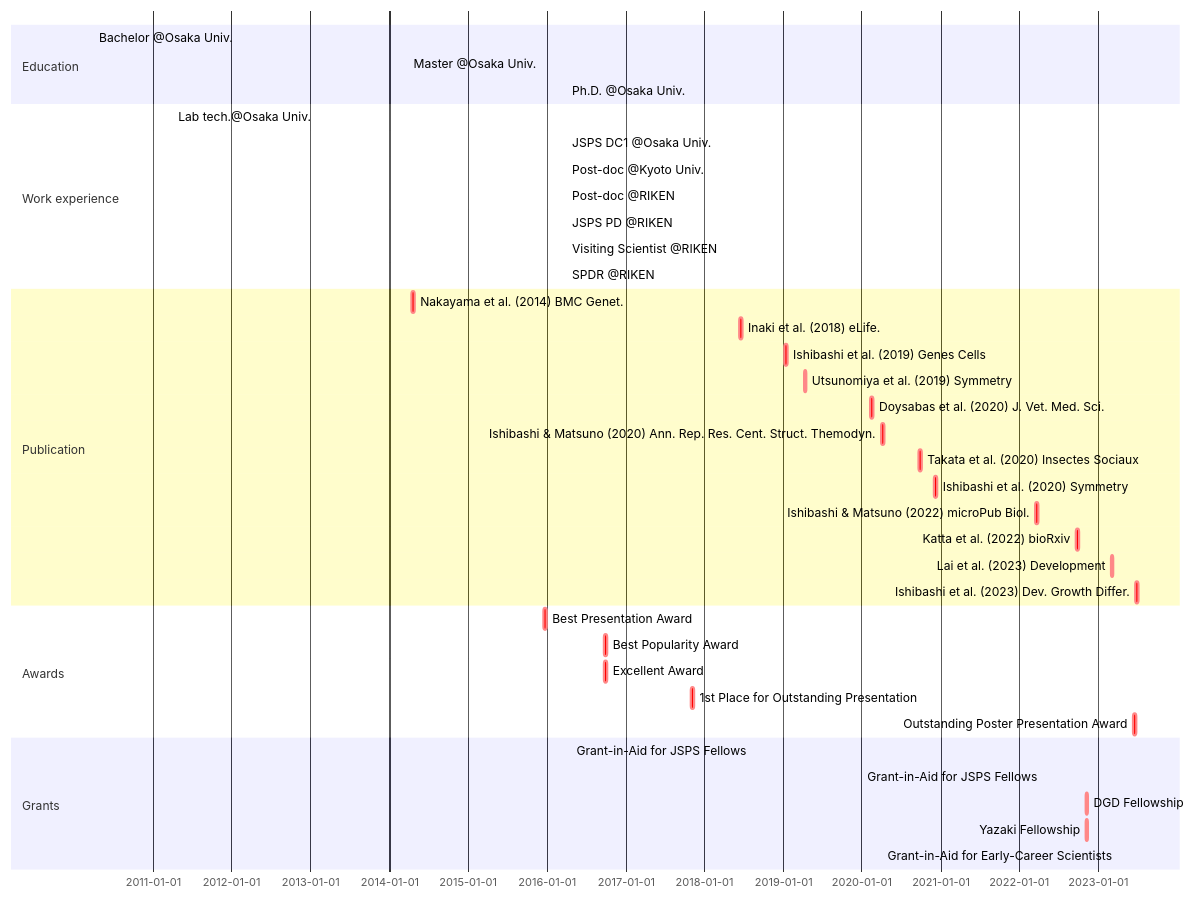
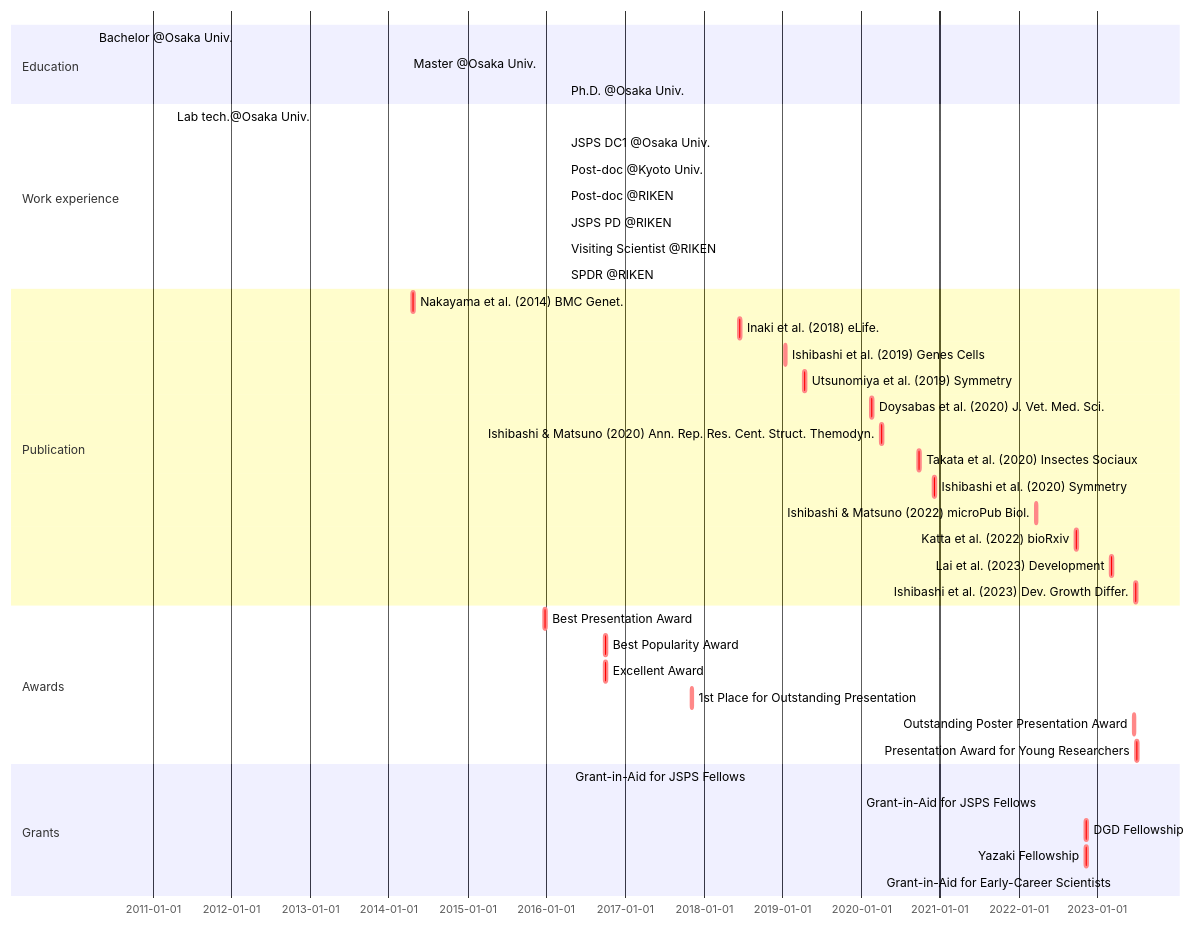
One commit to ishibaki/ishibaki.github.io changed the diagram in _includes/mermaid-cv.md. Above: the diagram before and after it, drawn with Mermaid. The commit also changed other lines of this file, not shown here.

````diff
--- a/_includes/mermaid-cv.md
+++ b/_includes/mermaid-cv.md
@@ -1,40 +1,41 @@
 ```mermaid
 gantt
 section Education
   Bachelor @Osaka Univ. : BS, 2010-04-01, 2014-03-25
   Master @Osaka Univ.   : MS, 2014-04-01, 2016-03-28
   Ph.D. @Osaka Univ.    : Ph.D., 2016-04-01, 2019-03-25
 section Work experience
   Lab tech.@Osaka Univ.     : done, OU-tech, 2011-04-01, 2012-03-31
   JSPS DC1 @Osaka Univ.     : done, DC1, 2016-04-01, 2019-03-31
   Post-doc @Kyoto Univ.     : done, KU-postdoc, after DC1, 2021-04-30
   Post-doc @RIKEN           : done, RIKEN-postdoc, after KU-postdoc, 2022-03-31
   JSPS PD @RIKEN            : done, PD, after RIKEN-postdoc, 2023-03-31
   Visiting Scientist @RIKEN : done, Visit-Sci, after RIKEN-postdoc, 2023-03-31
   SPDR @RIKEN               : active, SPDR, after PD, 2026-03-31
 section Publication
   Nakayama et al. (2014) BMC Genet.           : crit, nakayama2014, 2014-04-16, 2w
   Inaki et al. (2018) eLife.                  : crit, inaki2018, 2018-06-12, 2w
   Ishibashi et al. (2019) Genes Cells         : crit, ishibashi2019, 2019-01-09, 2w
   Utsunomiya et al. (2019) Symmetry           : crit, utsunomiya2019, 2019-04-08, 2w
   Doysabas et al. (2020) J. Vet. Med. Sci.    : crit, doysabas2020, 2020-02-12, 2w
   Ishibashi & Matsuno (2020) Ann. Rep. Res. Cent. Struct. Themodyn. : crit, ishibashi2020a, 2020-04-01, 2w
   Takata et al. (2020) Insectes Sociaux       : crit, takata2020, 2020-09-22, 2w
   Ishibashi et al. (2020) Symmetry            : crit, ishibashi2020b, 2020-12-02, 2w
   Ishibashi & Matsuno (2022) microPub Biol.   : crit, ishibashi2022, 2022-03-18, 2w
   Katta et al. (2022) bioRxiv                 : crit, katta2022, 2022-09-22, 2w
   Lai et al. (2023) Development               : crit, lai2023, 2023-03-02, 2w
   Ishibashi et al. (2023) Dev. Growth Differ. : crit, ishibashi2023, 2023-06-25, 2w 
 section Awards
   Best Presentation Award                  : crit, aw_1, 2015-12-20, 2w
   Best Popularity Award                    : crit, aw_2, 2016-09-25, 2w
   Excellent Award                          : crit, aw_3, 2016-09-25, 2w
   1st Place for Outstanding Presentation   : crit, aw_4, 2017-11-01, 2w
   Outstanding Poster Presentation Award    : crit, aw_5, 2023-06-15, 2w
+  Presentation Award for Young Researchers : crit, aw_6, 2023-06-29, 2w
 section Grants
   Grant-in-Aid for JSPS Fellows : done, grant_DC1, 2016-04-22, 2019-03-31
   Grant-in-Aid for JSPS Fellows : active, grant_PD, 2022-04-22, 2025-03-31
   DGD Fellowship:                 crit, dgd_fellowship, 2022-11-04, 2w
   Yazaki Fellowship:              crit, yazaki_fellowship, 2022-11-04, 2w
   Grant-in-Aid for Early-Career Scientists : active, grant_ecs2023, 2023-04-01, 2026-03-31
 ```
````
